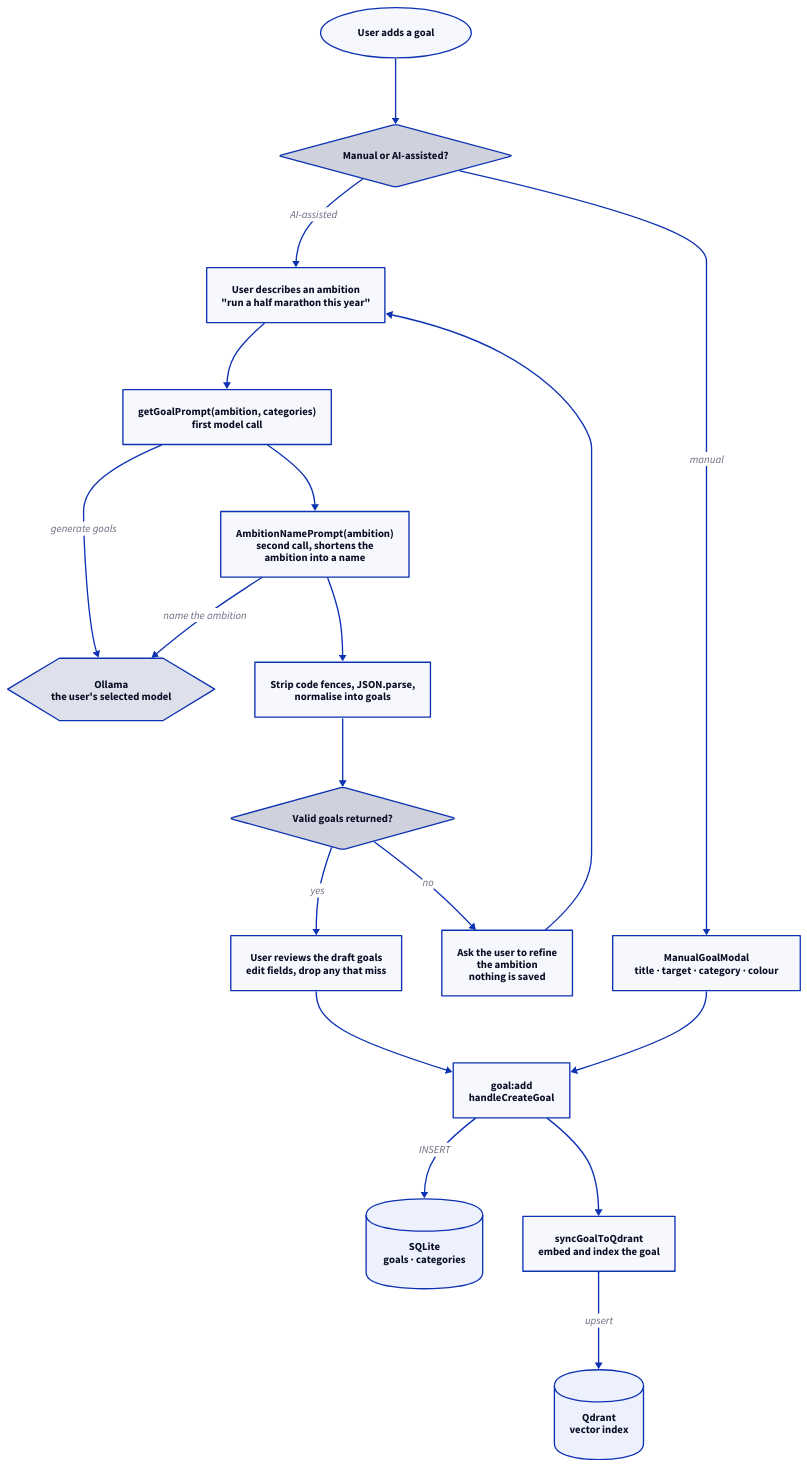
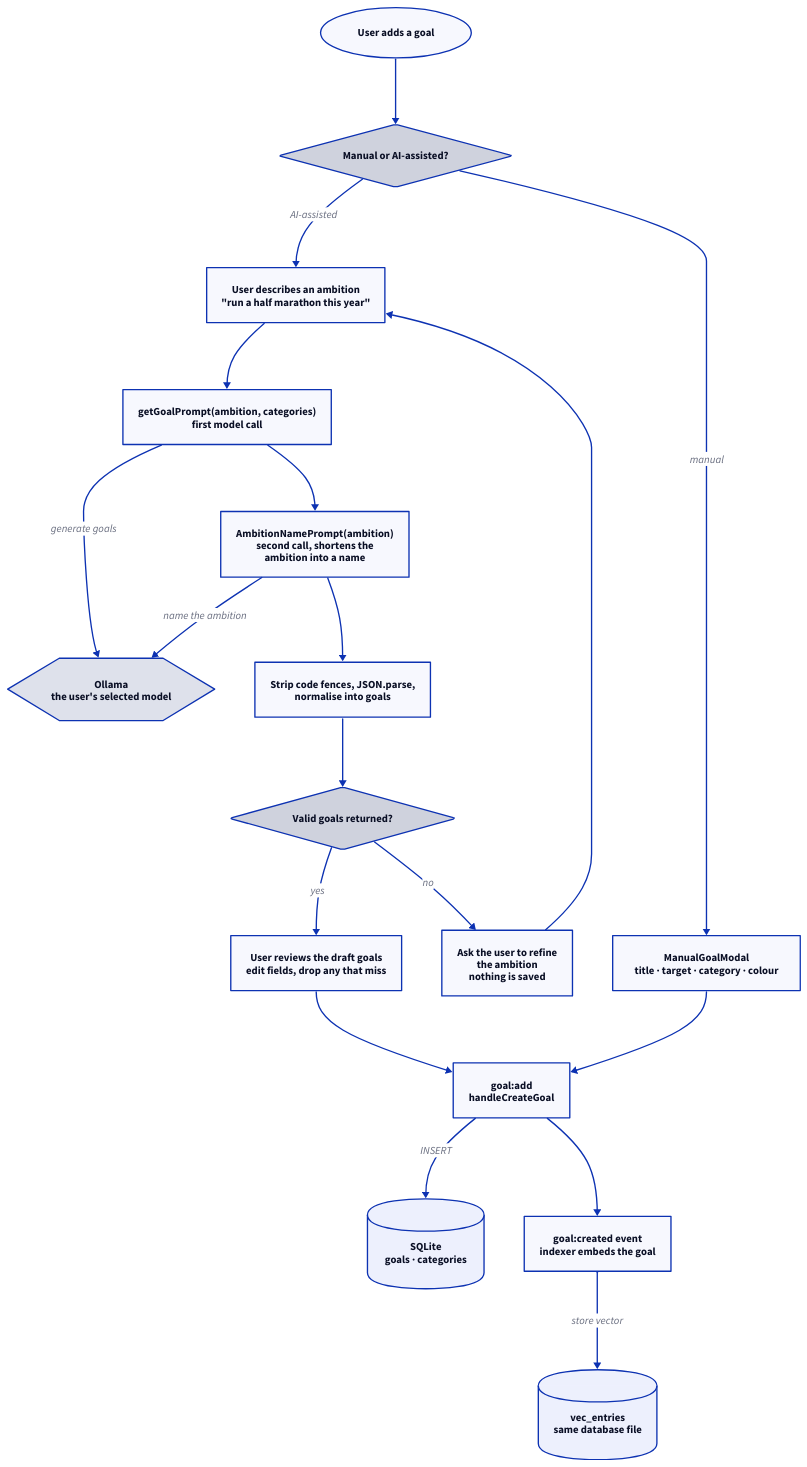
The diagram in assets/diagrams/src/create-goal.d2 (Arinaymaybhaskar/MindSage_desktop_app), drawn with D2 before and after one commit. The commit also changed 37 other files, not shown here.

First line of the commit message:
chore(search): remove Qdrant leftovers from the UI, diagrams and README

```diff
--- a/assets/diagrams/src/create-goal.d2
+++ b/assets/diagrams/src/create-goal.d2
@@ -1,89 +1,89 @@
 # Creating goals, by hand or by decomposing an ambition with a local model.
 # Derived from src/components/goals/modals/AIGenerationModal.tsx,
 # ManualGoalModal.tsx and electron/methods/goal.js.
 
 direction: down
 
 start: "User adds a goal" {
   shape: oval
   style.stroke-width: 2
 }
 
 choice: "Manual or AI-assisted?" {
   shape: diamond
   style.stroke-width: 2
 }
 
 manual: "ManualGoalModal\ntitle · target · category · colour" {
   style.stroke-width: 2
 }
 
 ambition: "User describes an ambition\n\"run a half marathon this year\"" {
   style.stroke-width: 2
 }
 
 prompt1: "getGoalPrompt(ambition, categories)\nfirst model call" {
   style.stroke-width: 2
 }
 
 prompt2: "AmbitionNamePrompt(ambition)\nsecond call, shortens the\nambition into a name" {
   style.stroke-width: 2
 }
 
 ollama: "Ollama\nthe user's selected model" {
   shape: hexagon
   style.stroke-width: 2
 }
 
 parse: "Strip code fences, JSON.parse,\nnormalise into goals" {
   style.stroke-width: 2
 }
 
 ok: "Valid goals returned?" {
   shape: diamond
   style.stroke-width: 2
 }
 
 retry: "Ask the user to refine\nthe ambition\nnothing is saved" {
   style.stroke-width: 2
 }
 
 review: "User reviews the draft goals\nedit fields, drop any that miss" {
   style.stroke-width: 2
 }
 
 save: "goal:add\nhandleCreateGoal" {
   style.stroke-width: 2
 }
 
 sqlite: "SQLite\ngoals · categories" {
   shape: cylinder
   style.stroke-width: 2
 }
 
-sync: "syncGoalToQdrant\nembed and index the goal" {
+sync: "goal:created event\nindexer embeds the goal" {
   style.stroke-width: 2
 }
 
-qdrant: "Qdrant\nvector index" {
+index: "vec_entries\nsame database file" {
   shape: cylinder
   style.stroke-width: 2
 }
 
 start -> choice
 choice -> manual: "manual"
 choice -> ambition: "AI-assisted"
 ambition -> prompt1
 prompt1 -> ollama: "generate goals"
 prompt1 -> prompt2
 prompt2 -> ollama: "name the ambition"
 prompt2 -> parse
 parse -> ok
 ok -> retry: "no"
 retry -> ambition
 ok -> review: "yes"
 review -> save
 manual -> save
 save -> sqlite: "INSERT"
 save -> sync
-sync -> qdrant: "upsert"
+sync -> index: "store vector"
```
